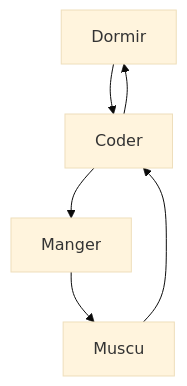
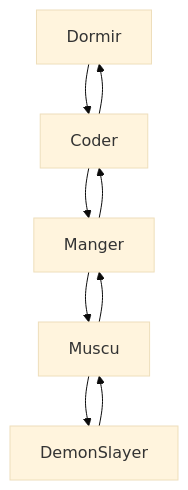
Before and after one commit to ToKuOFFI/ToKuOFFI: the diagram in README.md, drawn with Mermaid (base theme).

````diff
--- a/README.md
+++ b/README.md
@@ -26,8 +26,11 @@
 ```mermaid 
     graph TD;
     Dormir-->Coder;
     Coder-->Manger;
     Manger-->Muscu;
-    Muscu-->Coder;
+    Muscu-->DemonSlayer;
+    DemonSlayer-->Muscu;
+    Muscu-->Manger;
+    Manger-->Coder;
     Coder-->Dormir;
 ```
````
